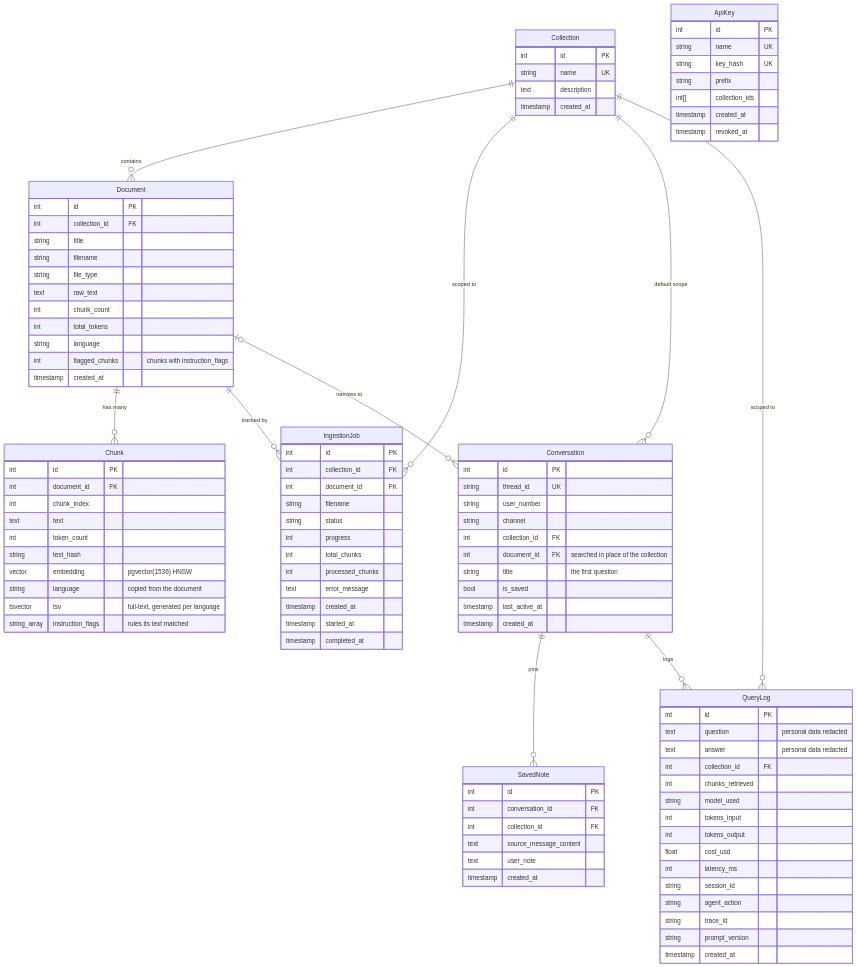
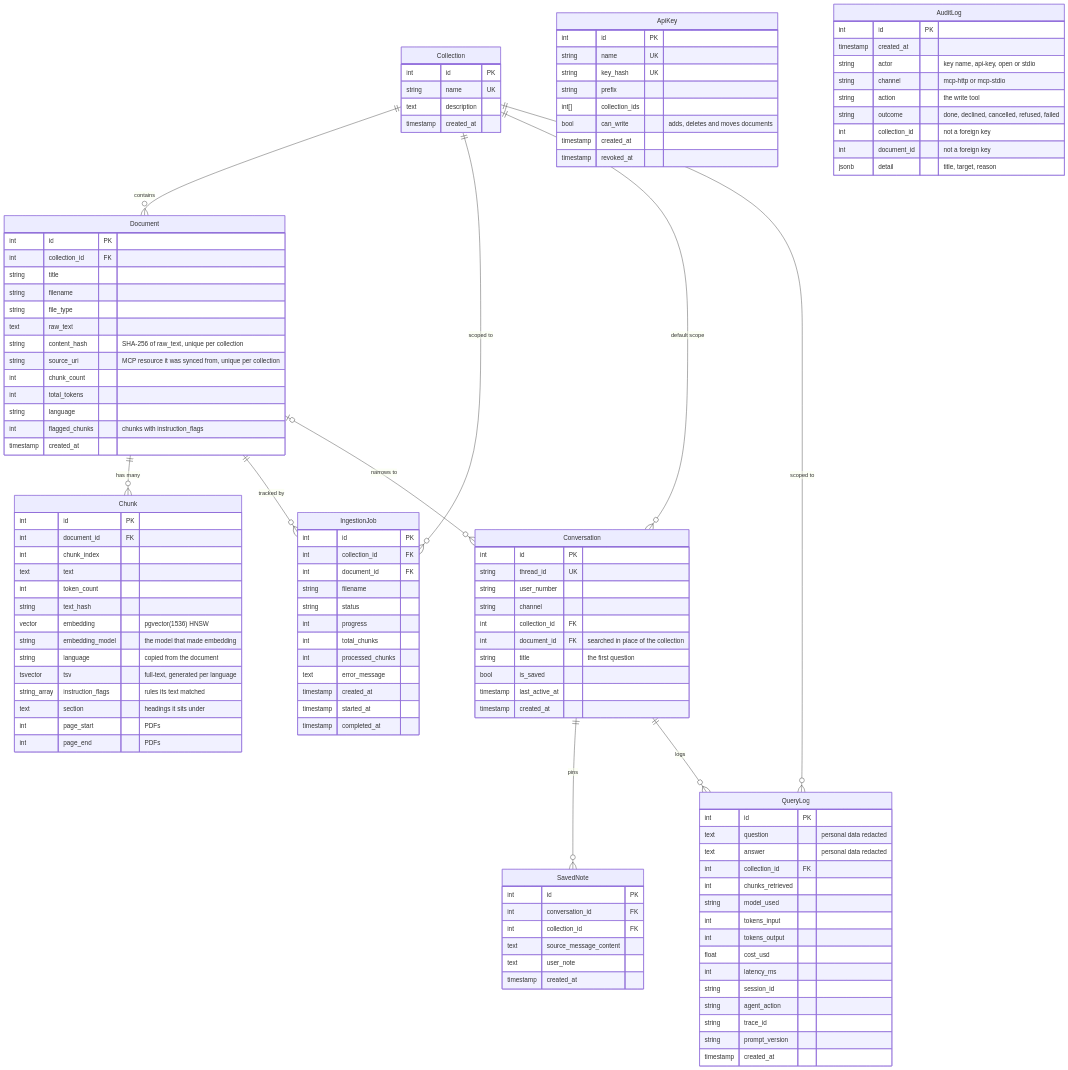
The fourth of 4 diagrams in ARCHITECTURE.md (FrancoCazal/WhisperDocs), drawn with Mermaid before and after one commit. The commit also changed other lines of this file and 2 other files, not shown here.

First line of the commit message:
docs: the audit's changes in the README, the architecture and the changelog

````diff
--- a/ARCHITECTURE.md
+++ b/ARCHITECTURE.md
@@ -259,6 +351,8 @@
     string filename
     string file_type
     text raw_text
+    string content_hash "SHA-256 of raw_text, unique per collection"
+    string source_uri "MCP resource it was synced from, unique per collection"
     int chunk_count
     int total_tokens
     string language
@@ -274,9 +368,13 @@
     int token_count
     string text_hash
     vector embedding "pgvector(1536) HNSW"
+    string embedding_model "the model that made embedding"
     string language "copied from the document"
     tsvector tsv "full-text, generated per language"
     string_array instruction_flags "rules its text matched"
+    text section "headings it sits under"
+    int page_start "PDFs"
+    int page_end "PDFs"
   }
 
   IngestionJob {
@@ -340,7 +438,20 @@
     string key_hash UK
     string prefix
     int[] collection_ids
+    bool can_write "adds, deletes and moves documents"
     timestamp created_at
     timestamp revoked_at
   }
+
+  AuditLog {
+    int id PK
+    timestamp created_at
+    string actor "key name, api-key, open or stdio"
+    string channel "mcp-http or mcp-stdio"
+    string action "the write tool"
+    string outcome "done, declined, cancelled, refused, failed"
+    int collection_id "not a foreign key"
+    int document_id "not a foreign key"
+    jsonb detail "title, target, reason"
+  }
 ```
````
